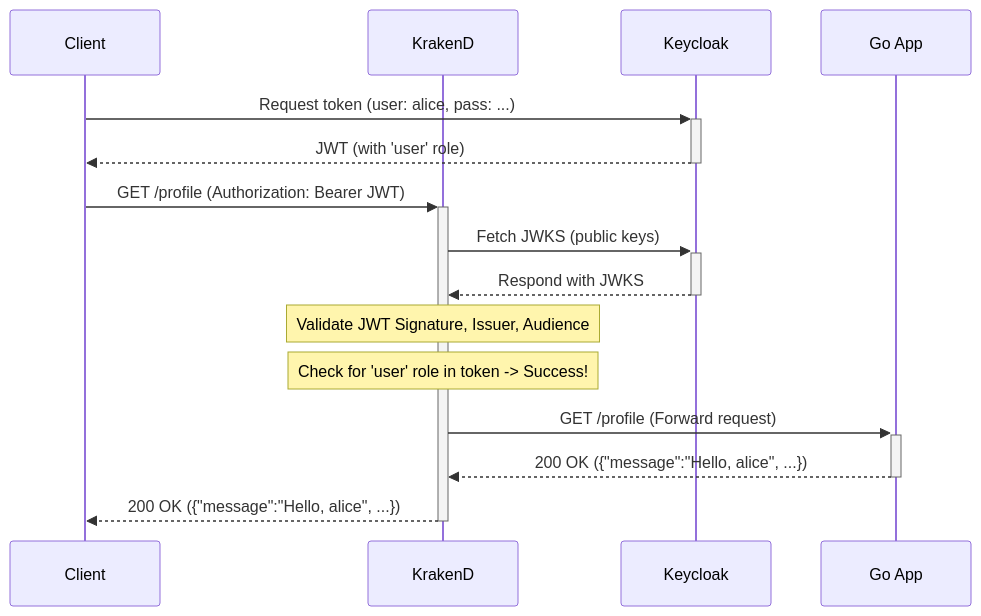
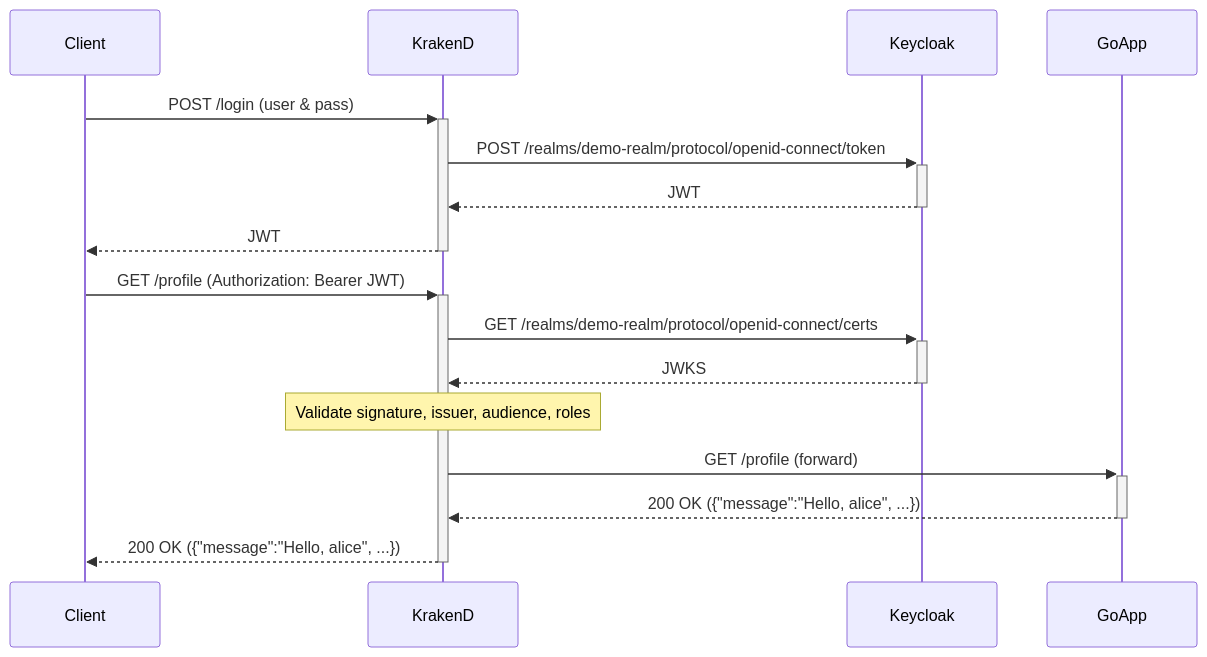
One commit to Palakorn-Voramongkol/golang-krakend-keycloak changed the diagram in README.md. Above: the diagram before and after it, drawn with Mermaid. The commit also changed other lines of this file and 4 other files, not shown here.

Commit message:
make every request pass through gateway

````diff
--- a/README.md
+++ b/README.md
@@ -47,21 +34,21 @@
 ```mermaid
 sequenceDiagram
     participant Client
     participant KrakenD
     participant Keycloak
-    participant Go App
+    participant GoApp
 
-    Client->>+Keycloak: Request token (user: alice, pass: ...)
-    Keycloak-->>-Client: JWT (with 'user' role)
+    Client->>+KrakenD: POST /login (user & pass)
+    KrakenD->>+Keycloak: POST /realms/demo-realm/protocol/openid-connect/token
+    Keycloak-->>-KrakenD: JWT
+    KrakenD-->>-Client: JWT
 
     Client->>+KrakenD: GET /profile (Authorization: Bearer JWT)
-    KrakenD->>+Keycloak: Fetch JWKS (public keys)
-    Keycloak-->>-KrakenD: Respond with JWKS
+    KrakenD->>+Keycloak: GET /realms/demo-realm/protocol/openid-connect/certs
+    Keycloak-->>-KrakenD: JWKS
 
-    Note over KrakenD: Validate JWT Signature, Issuer, Audience
-    Note over KrakenD: Check for 'user' role in token -> Success!
-
-    KrakenD->>+Go App: GET /profile (Forward request)
-    Go App-->>-KrakenD: 200 OK ({"message":"Hello, alice", ...})
+    Note over KrakenD: Validate signature, issuer, audience, roles
+    KrakenD->>+GoApp: GET /profile (forward)
+    GoApp-->>-KrakenD: 200 OK ({"message":"Hello, alice", ...})
     KrakenD-->>-Client: 200 OK ({"message":"Hello, alice", ...})
 ```
````
